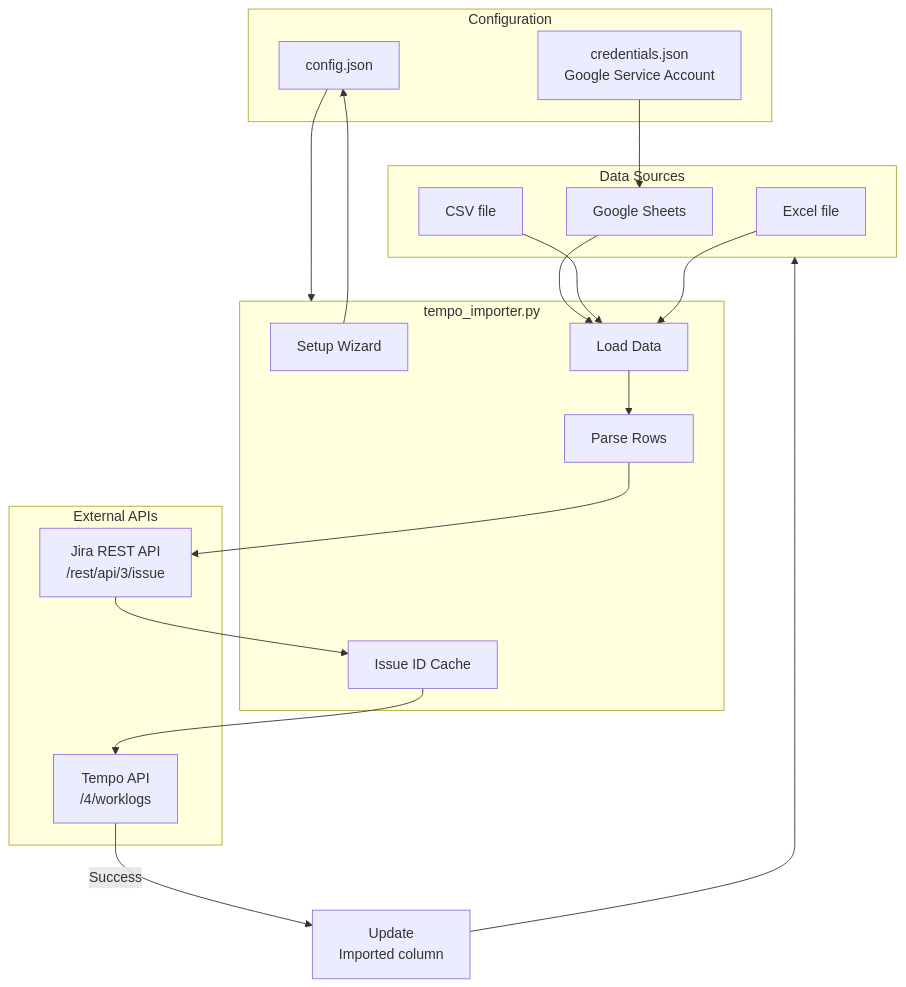
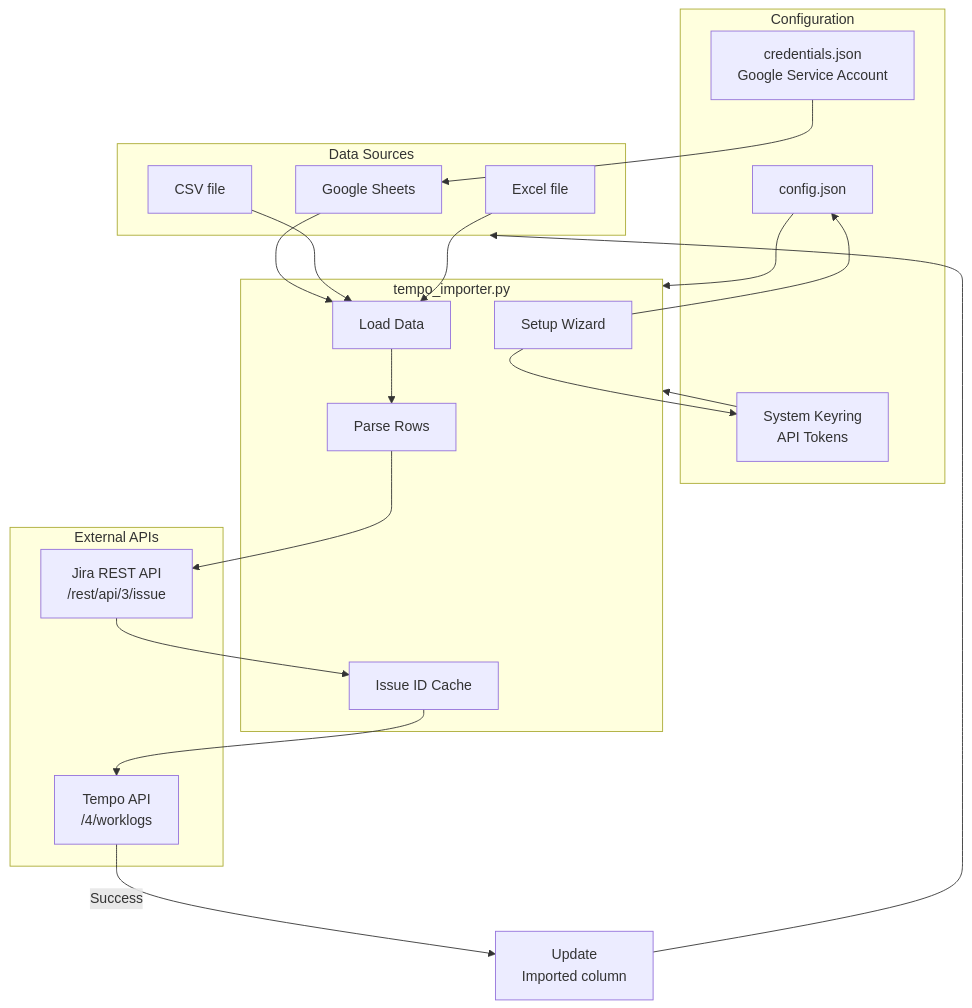
One commit to martinbures97/jira-tempo-importer changed the first of 2 diagrams in README.md. Above: the diagram before and after it, drawn with Mermaid. The commit also changed other lines of this file and 2 other files, not shown here.

First line of the commit message:
Add secure credential storage using system keyring

````diff
--- a/README.md
+++ b/README.md
@@ -7,40 +7,43 @@
 ```mermaid
 flowchart TB
     subgraph Input["Data Sources"]
         GS[Google Sheets]
         CSV[CSV file]
         XLS[Excel file]
     end
 
     subgraph Config["Configuration"]
         CFG[config.json]
         CREDS[credentials.json<br/>Google Service Account]
+        KR[System Keyring<br/>API Tokens]
     end
 
     subgraph App["tempo_importer.py"]
         SETUP[Setup Wizard]
         LOAD[Load Data]
         PARSE[Parse Rows]
         CACHE[Issue ID Cache]
     end
 
     subgraph External["External APIs"]
         JIRA[Jira REST API<br/>/rest/api/3/issue]
         TEMPO[Tempo API<br/>/4/worklogs]
     end
 
     GS --> LOAD
     CSV --> LOAD
     XLS --> LOAD
     CREDS --> GS
 
     CFG --> App
+    KR --> App
     SETUP --> CFG
+    SETUP --> KR
 
     LOAD --> PARSE
     PARSE --> JIRA
     JIRA --> CACHE
     CACHE --> TEMPO
     TEMPO --> |Success| UPDATE[Update<br/>Imported column]
     UPDATE --> Input
 ```
````
